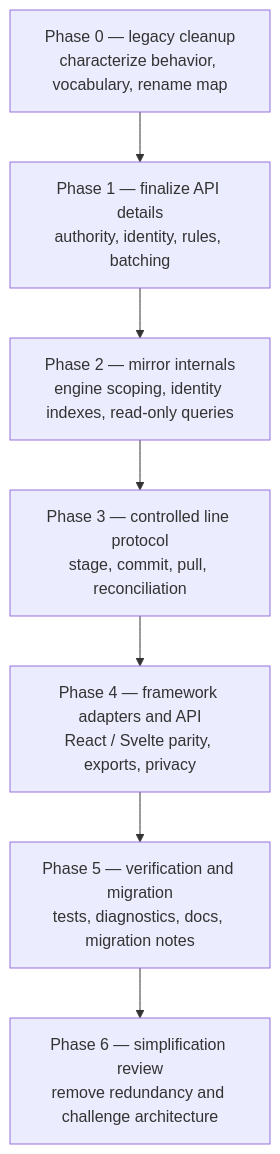
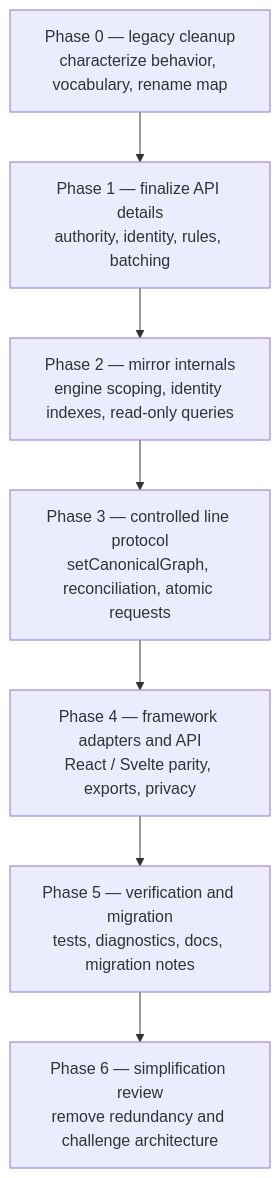
Before and after one commit to tfukaza/SnapLineJS: the eighth of 8 diagrams in docs/snapline/design/planned-rearchitecture.md, drawn with Mermaid. The commit also changed other lines of this file, not shown here.

First line of the commit message:
docs: reconcile planned re-architecture with approved design decisions

````diff
--- a/docs/snapline/design/planned-rearchitecture.md
+++ b/docs/snapline/design/planned-rearchitecture.md
@@ -1002,12 +1106,12 @@
 ```mermaid
 flowchart TB
   P0["Phase 0 — legacy cleanup<br/>characterize behavior, vocabulary, rename map"]
   P1["Phase 1 — finalize API details<br/>authority, identity, rules, batching"]
   P2["Phase 2 — mirror internals<br/>engine scoping, identity indexes, read-only queries"]
-  P3["Phase 3 — controlled line protocol<br/>stage, commit, pull, reconciliation"]
+  P3["Phase 3 — controlled line protocol<br/>setCanonicalGraph, reconciliation, atomic requests"]
   P4["Phase 4 — framework adapters and API<br/>React / Svelte parity, exports, privacy"]
   P5["Phase 5 — verification and migration<br/>tests, diagnostics, docs, migration notes"]
   P6["Phase 6 — simplification review<br/>remove redundancy and challenge architecture"]
 
   P0 --> P1 --> P2 --> P3 --> P4 --> P5 --> P6
 ```
````
